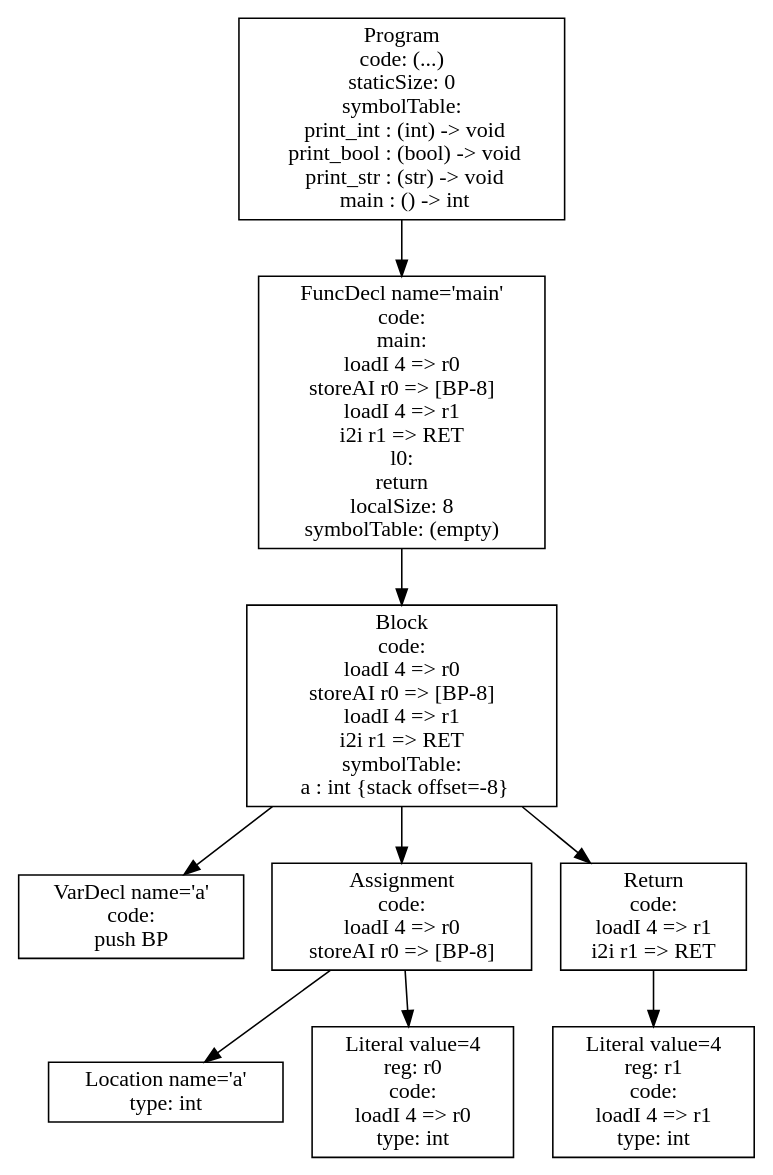
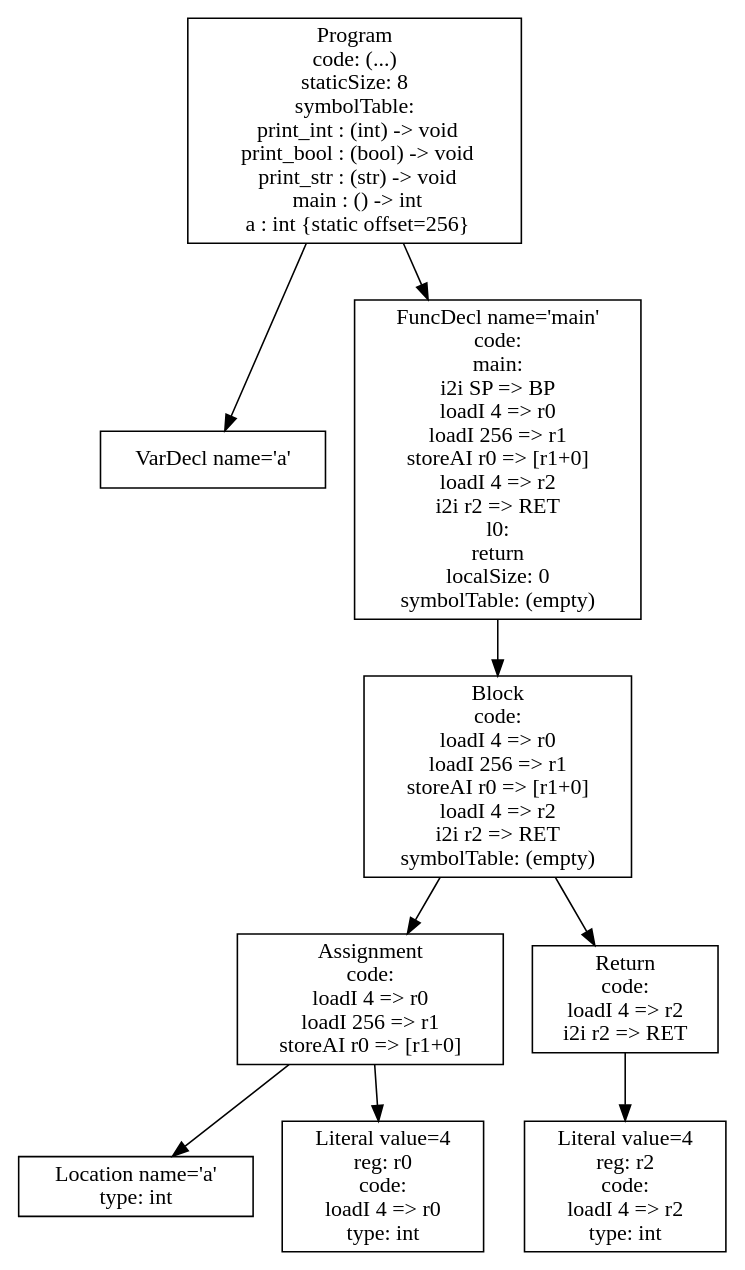
One commit to ecila1011/P4 changed the diagram in ast.dot. Above: the diagram before and after it, drawn with Graphviz. The commit also changed 23 other files, not shown here.

```diff
--- a/ast.dot
+++ b/ast.dot
@@ -1,19 +1,19 @@
 digraph AST {
-3 [shape=box, label="VarDecl name='a'\ncode: \npush BP"];
+1 [shape=box, label="VarDecl name='a'"];
 5 [shape=box, label="Location name='a'\ntype: int"];
 6 [shape=box, label="Literal value=4\nreg: r0\ncode: \nloadI 4 => r0\ntype: int"];
-4 [shape=box, label="Assignment\ncode: \nloadI 4 => r0\nstoreAI r0 => [BP-8]"];
+4 [shape=box, label="Assignment\ncode: \nloadI 4 => r0\nloadI 256 => r1\nstoreAI r0 => [r1+0]"];
 4 -> 5;
 4 -> 6;
-8 [shape=box, label="Literal value=4\nreg: r1\ncode: \nloadI 4 => r1\ntype: int"];
-7 [shape=box, label="Return\ncode: \nloadI 4 => r1\ni2i r1 => RET"];
+8 [shape=box, label="Literal value=4\nreg: r2\ncode: \nloadI 4 => r2\ntype: int"];
+7 [shape=box, label="Return\ncode: \nloadI 4 => r2\ni2i r2 => RET"];
 7 -> 8;
-2 [shape=box, label="Block\ncode: \nloadI 4 => r0\nstoreAI r0 => [BP-8]\nloadI 4 => r1\ni2i r1 => RET\nsymbolTable: \n  a : int {stack offset=-8}"];
+3 [shape=box, label="Block\ncode: \nloadI 4 => r0\nloadI 256 => r1\nstoreAI r0 => [r1+0]\nloadI 4 => r2\ni2i r2 => RET\nsymbolTable: (empty)"];
+3 -> 4;
+3 -> 7;
+2 [shape=box, label="FuncDecl name='main'\ncode: \nmain:\ni2i SP => BP\nloadI 4 => r0\nloadI 256 => r1\nstoreAI r0 => [r1+0]\nloadI 4 => r2\ni2i r2 => RET\nl0:\nreturn\nlocalSize: 0\nsymbolTable: (empty)"];
 2 -> 3;
-2 -> 4;
-2 -> 7;
-1 [shape=box, label="FuncDecl name='main'\ncode: \nmain:\nloadI 4 => r0\nstoreAI r0 => [BP-8]\nloadI 4 => r1\ni2i r1 => RET\nl0:\nreturn\nlocalSize: 8\nsymbolTable: (empty)"];
-1 -> 2;
-0 [shape=box, label="Program\ncode: (...)\nstaticSize: 0\nsymbolTable: \n  print_int : (int) -> void\n  print_bool : (bool) -> void\n  print_str : (str) -> void\n  main : () -> int"];
+0 [shape=box, label="Program\ncode: (...)\nstaticSize: 8\nsymbolTable: \n  print_int : (int) -> void\n  print_bool : (bool) -> void\n  print_str : (str) -> void\n  main : () -> int\n  a : int {static offset=256}"];
 0 -> 1;
+0 -> 2;
 }
```
